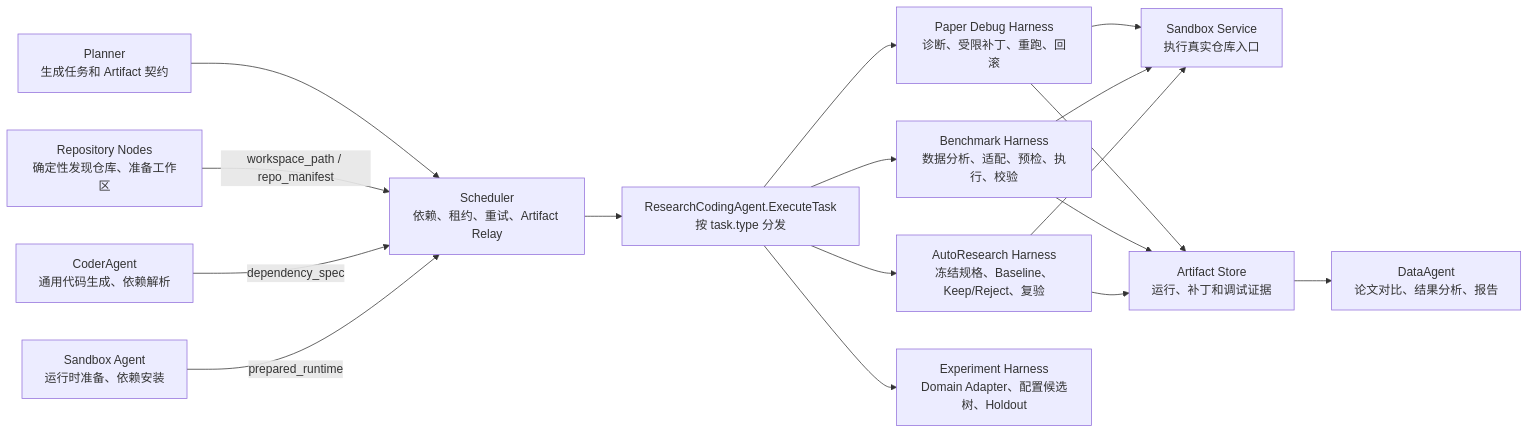
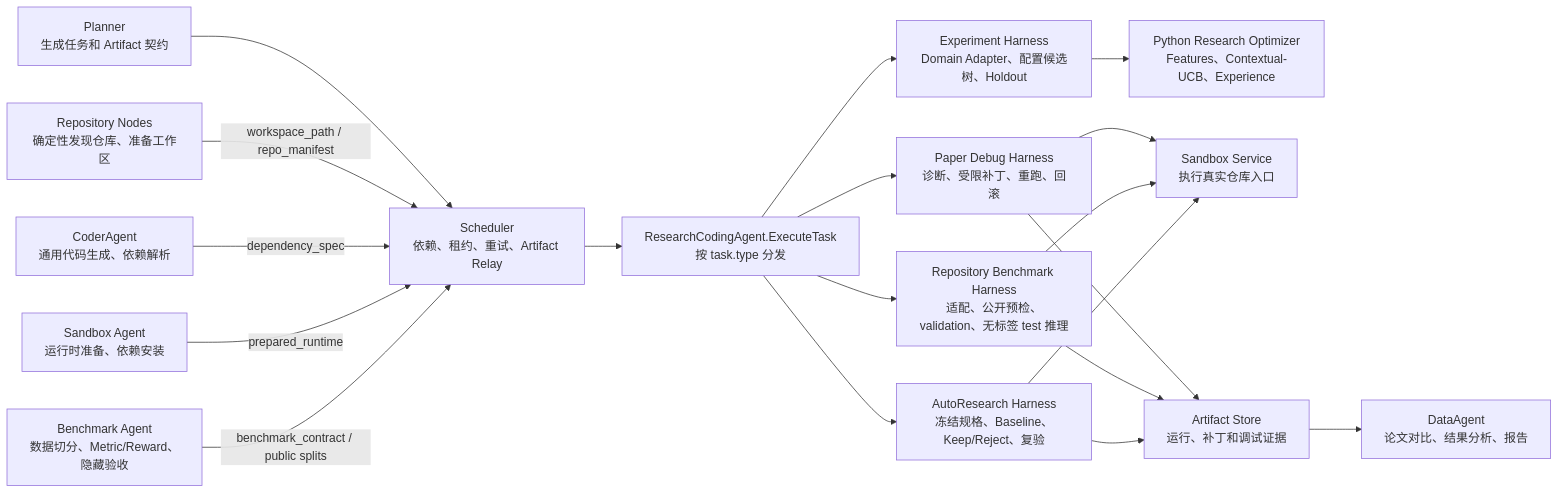
The first of 2 diagrams in scholar-agent/docs/research_coding_agent.md (yu-xin-c/Sea-mult-agent), drawn with Mermaid before and after one commit. The commit also changed other lines of this file and 76 other files, not shown here.

Commit message:
feat: add benchmark agent and parallel autoresearch

````diff
--- a/scholar-agent/docs/research_coding_agent.md
+++ b/scholar-agent/docs/research_coding_agent.md
@@ -18,22 +18,24 @@
 ```mermaid
 flowchart LR
     P["Planner<br/>生成任务和 Artifact 契约"] --> S["Scheduler<br/>依赖、租约、重试、Artifact Relay"]
     S --> D["ResearchCodingAgent.ExecuteTask<br/>按 task.type 分发"]
 
     R["Repository Nodes<br/>确定性发现仓库、准备工作区"] -->|"workspace_path / repo_manifest"| S
     C["CoderAgent<br/>通用代码生成、依赖解析"] -->|"dependency_spec"| S
     E["Sandbox Agent<br/>运行时准备、依赖安装"] -->|"prepared_runtime"| S
+	B["Benchmark Agent<br/>数据切分、Metric/Reward、隐藏验收"] -->|"benchmark_contract / public splits"| S
 
     D --> PH["Paper Debug Harness<br/>诊断、受限补丁、重跑、回滚"]
-    D --> BH["Benchmark Harness<br/>数据分析、适配、预检、执行、校验"]
+    D --> BH["Repository Benchmark Harness<br/>适配、公开预检、validation、无标签 test 推理"]
     D --> AH["AutoResearch Harness<br/>冻结规格、Baseline、Keep/Reject、复验"]
     D --> EH["Experiment Harness<br/>Domain Adapter、配置候选树、Holdout"]
+    EH --> RO["Python Research Optimizer<br/>Features、Contextual-UCB、Experience"]
 
     PH --> X["Sandbox Service<br/>执行真实仓库入口"]
     BH --> X
     AH --> X
     PH --> A["Artifact Store<br/>运行、补丁和调试证据"]
     BH --> A
     AH --> A
     A --> DA["DataAgent<br/>论文对比、结果分析、报告"]
 ```
````
